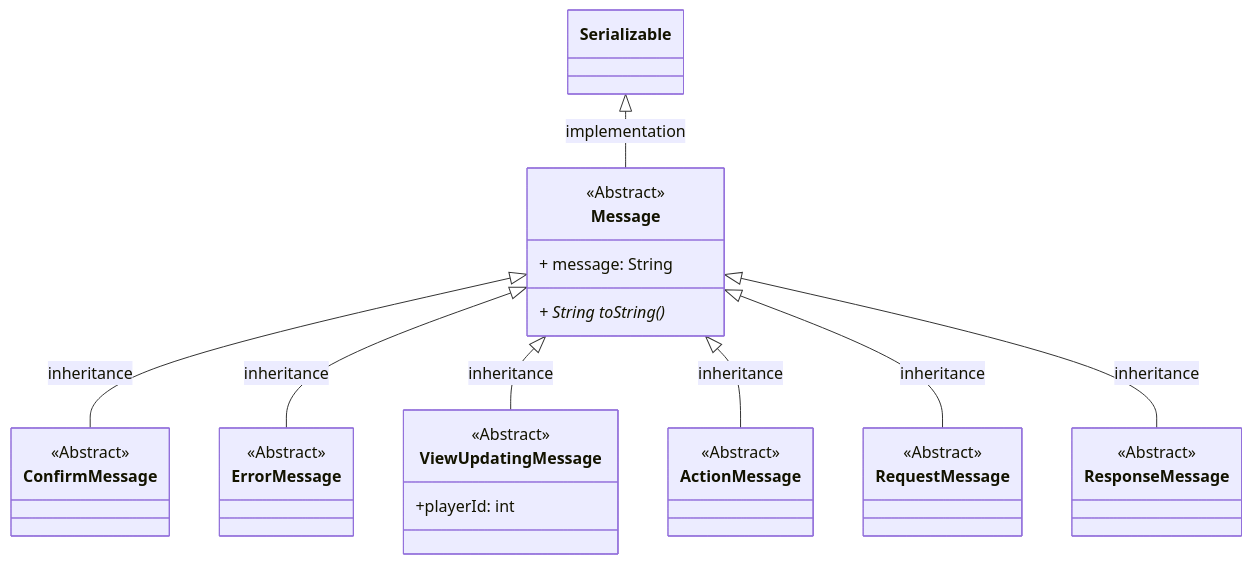
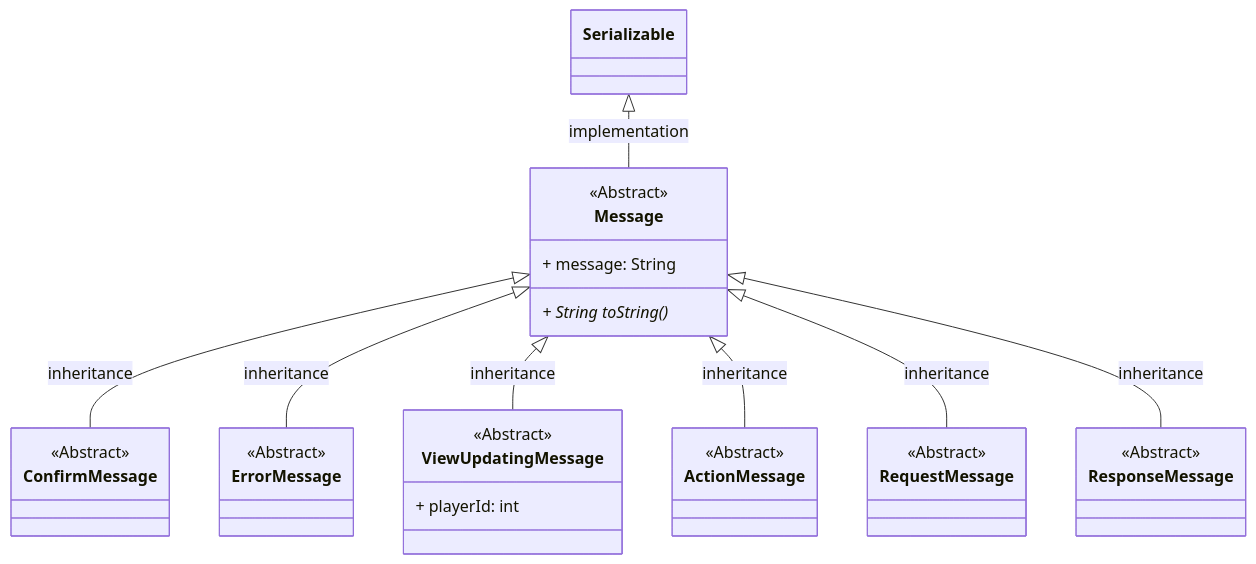
Before and after one commit to frephs/IS24-AM21: the first of 6 diagrams in documentation_wip/messages.md, drawn with Mermaid. The commit also changed other lines of this file, not shown here.

````diff
--- a/documentation_wip/messages.md
+++ b/documentation_wip/messages.md
@@ -13,59 +13,59 @@
 ```mermaid
 classDiagram
  Serializable <|-- Message : implementation
 
     %% SERVER MESSAFES    
 
 
     class Message {
         <<Abstract>>
         + message: String    
         + String toString()*
     }
 
 
     class ConfirmMessage {
         <<Abstract>> 
     }
     Message <|-- ConfirmMessage : inheritance
     
 
     class ErrorMessage {
         <<Abstract>> 
     }
 
     Message <|-- ErrorMessage : inheritance
     
 
     class ViewUpdatingMessage{
         <<Abstract>>
-        +playerId: int
+        + playerId: int
     }
 
     Message <|-- ViewUpdatingMessage : inheritance
 
     
 
     class ActionMessage {
         <<Abstract>> 
     }
 
     class RequestMessage {
         <<Abstract>> 
     }
 
     class ResponseMessage {
         <<Abstract>> 
     }
     
 
     
 
     %% CLIENT MESSAGES
 
     Message <|-- ActionMessage : inheritance
     Message <|-- RequestMessage : inheritance
     Message <|-- ResponseMessage : inheritance
     
 
 ```
````
